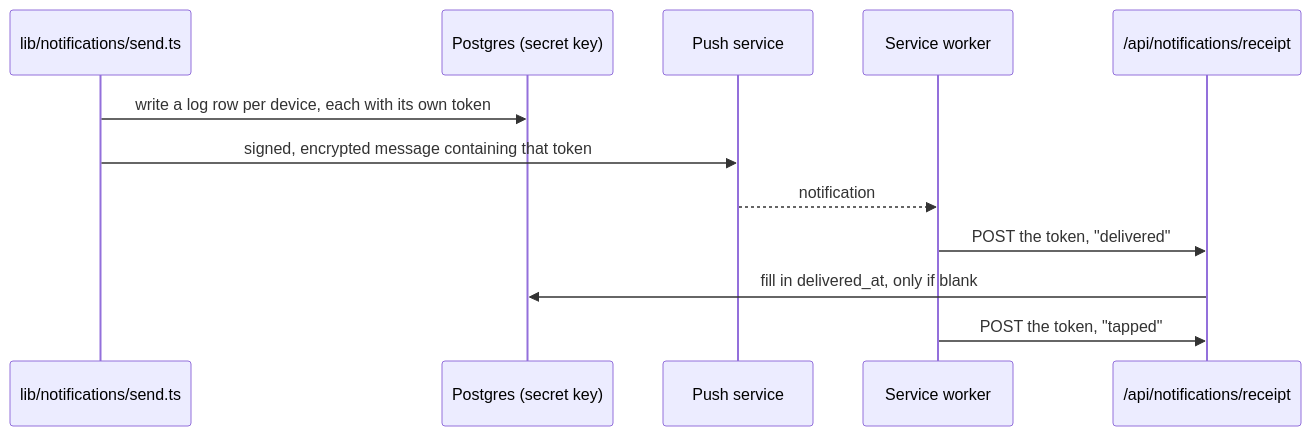
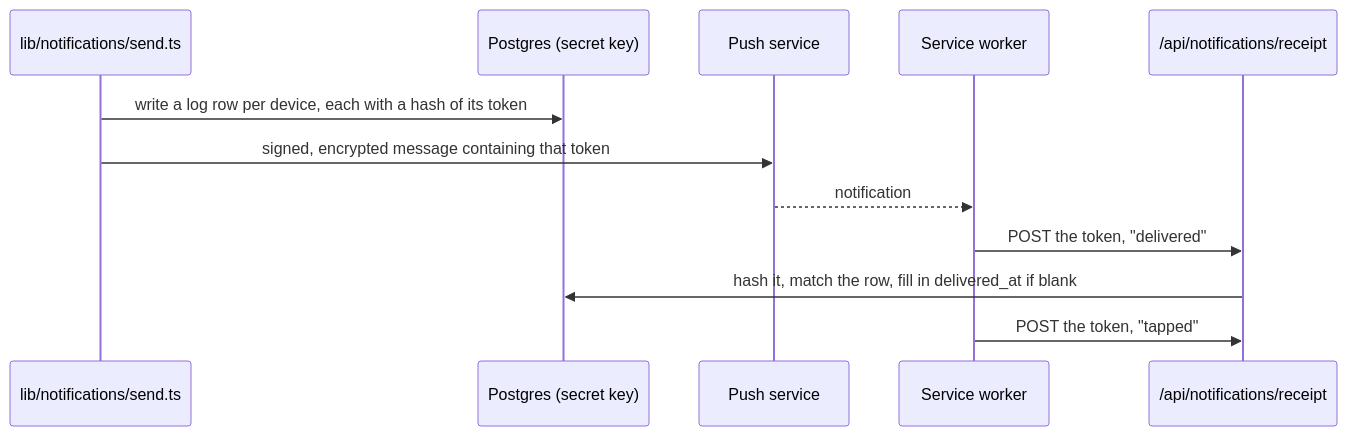
One commit to vplakkot/HomeBase changed the sixth of 6 diagrams in docs/architecture.md. Above: the diagram before and after it, drawn with Mermaid. The commit also changed other lines of this file and 11 other files, not shown here.

````diff
--- a/docs/architecture.md
+++ b/docs/architecture.md
@@ -453,15 +458,15 @@
 ```mermaid
 sequenceDiagram
     participant Send as lib/notifications/send.ts
     participant DB as Postgres (secret key)
     participant Apple as Push service
     participant SW as Service worker
     participant Receipt as /api/notifications/receipt
 
-    Send->>DB: write a log row per device, each with its own token
+    Send->>DB: write a log row per device, each with a hash of its token
     Send->>Apple: signed, encrypted message containing that token
     Apple-->>SW: notification
     SW->>Receipt: POST the token, "delivered"
-    Receipt->>DB: fill in delivered_at, only if blank
+    Receipt->>DB: hash it, match the row, fill in delivered_at if blank
     SW->>Receipt: POST the token, "tapped"
 ```
````
